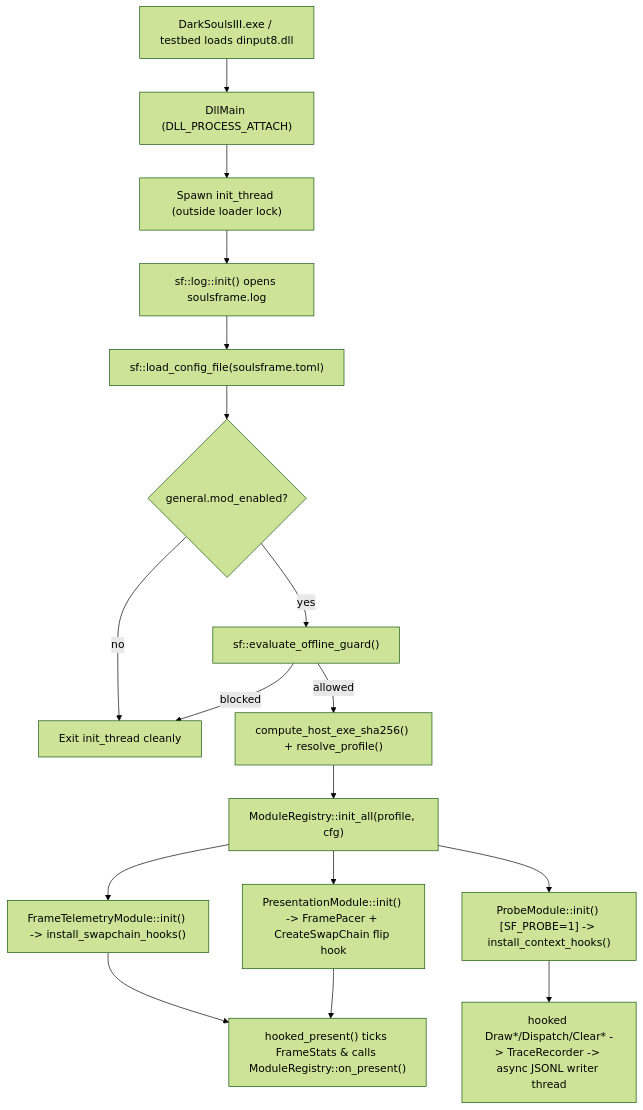
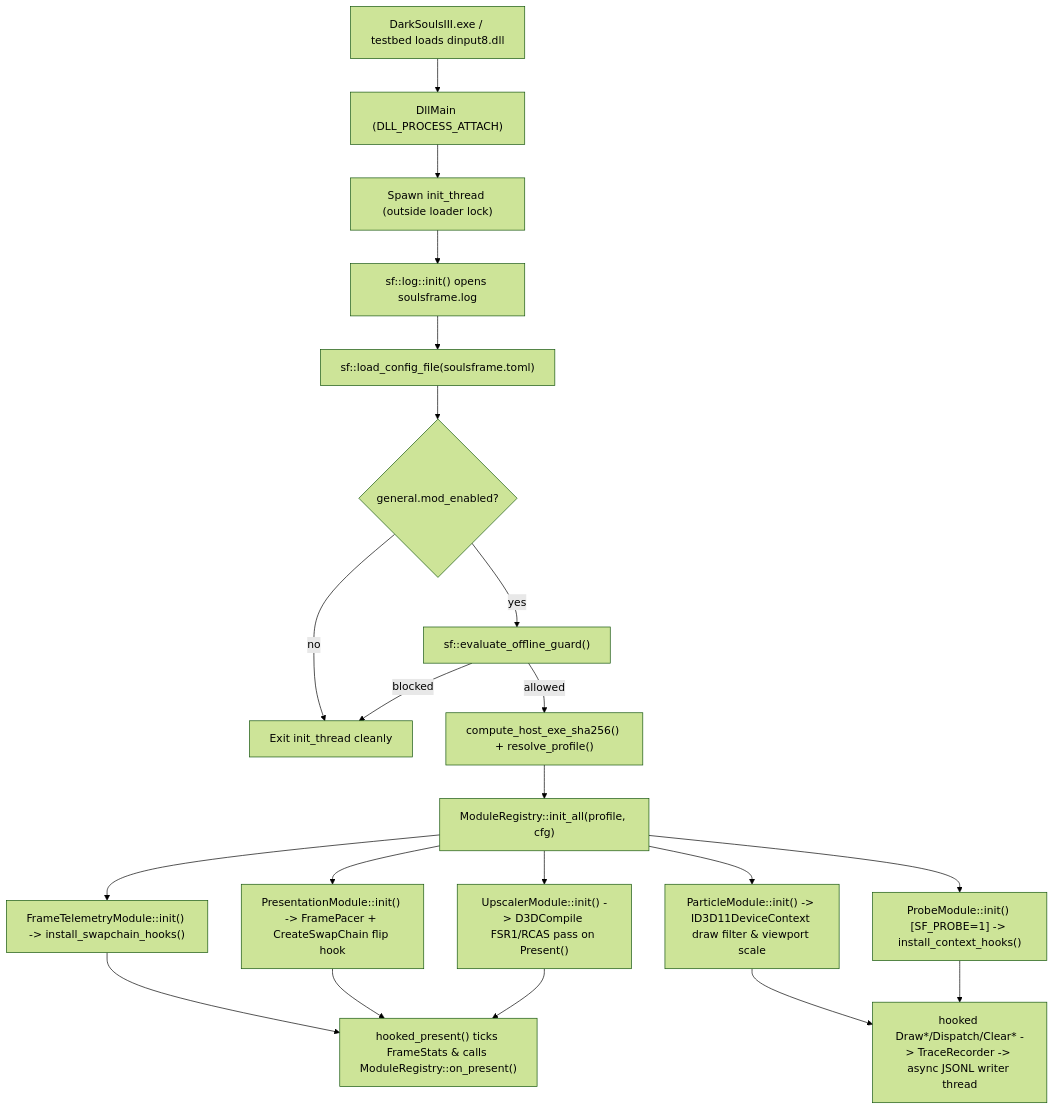
Before and after one commit to hazalkoom/soulsframe: the diagram in docs/09-codebase-reference.md, drawn with Mermaid (forest theme). The commit also changed other lines of this file and 23 other files, not shown here.

Commit message:
feat(m6,m7): implement particle mitigation and FSR 1 spatial upscaler

````diff
--- a/docs/09-codebase-reference.md
+++ b/docs/09-codebase-reference.md
@@ -7,19 +7,23 @@
 ```mermaid
 flowchart TD
   A["DarkSoulsIII.exe / testbed loads dinput8.dll"] --> B["DllMain (DLL_PROCESS_ATTACH)"]
   B --> C["Spawn init_thread (outside loader lock)"]
   C --> D["sf::log::init() opens soulsframe.log"]
   D --> E["sf::load_config_file(soulsframe.toml)"]
   E --> F{"general.mod_enabled?"}
   F -- no --> Z["Exit init_thread cleanly"]
   F -- yes --> G["sf::evaluate_offline_guard()"]
   G -- blocked --> Z
   G -- allowed --> H["compute_host_exe_sha256() + resolve_profile()"]
   H --> I["ModuleRegistry::init_all(profile, cfg)"]
   I --> J["FrameTelemetryModule::init() -> install_swapchain_hooks()"]
   I --> M["PresentationModule::init() -> FramePacer + CreateSwapChain flip hook"]
+  I --> N["ParticleModule::init() -> ID3D11DeviceContext draw filter & viewport scale"]
+  I --> U["UpscalerModule::init() -> D3DCompile FSR1/RCAS pass on Present()"]
   I --> P["ProbeModule::init() [SF_PROBE=1] -> install_context_hooks()"]
   J --> K["hooked_present() ticks FrameStats & calls ModuleRegistry::on_present()"]
   M --> K
+  U --> K
+  N --> L
   P --> L["hooked Draw*/Dispatch/Clear* -> TraceRecorder -> async JSONL writer thread"]
 ```
````
